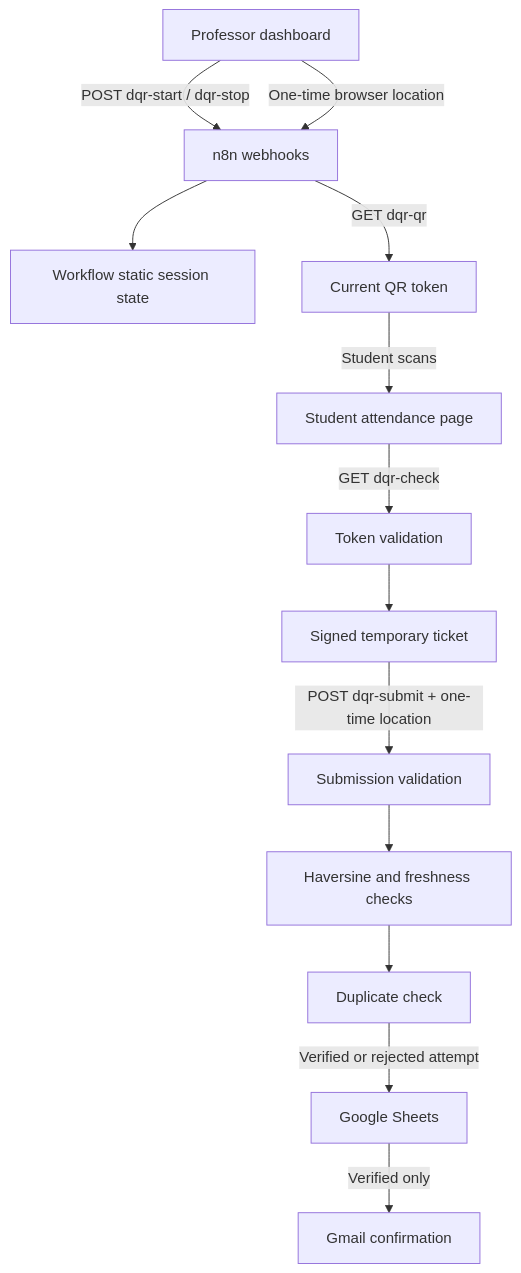
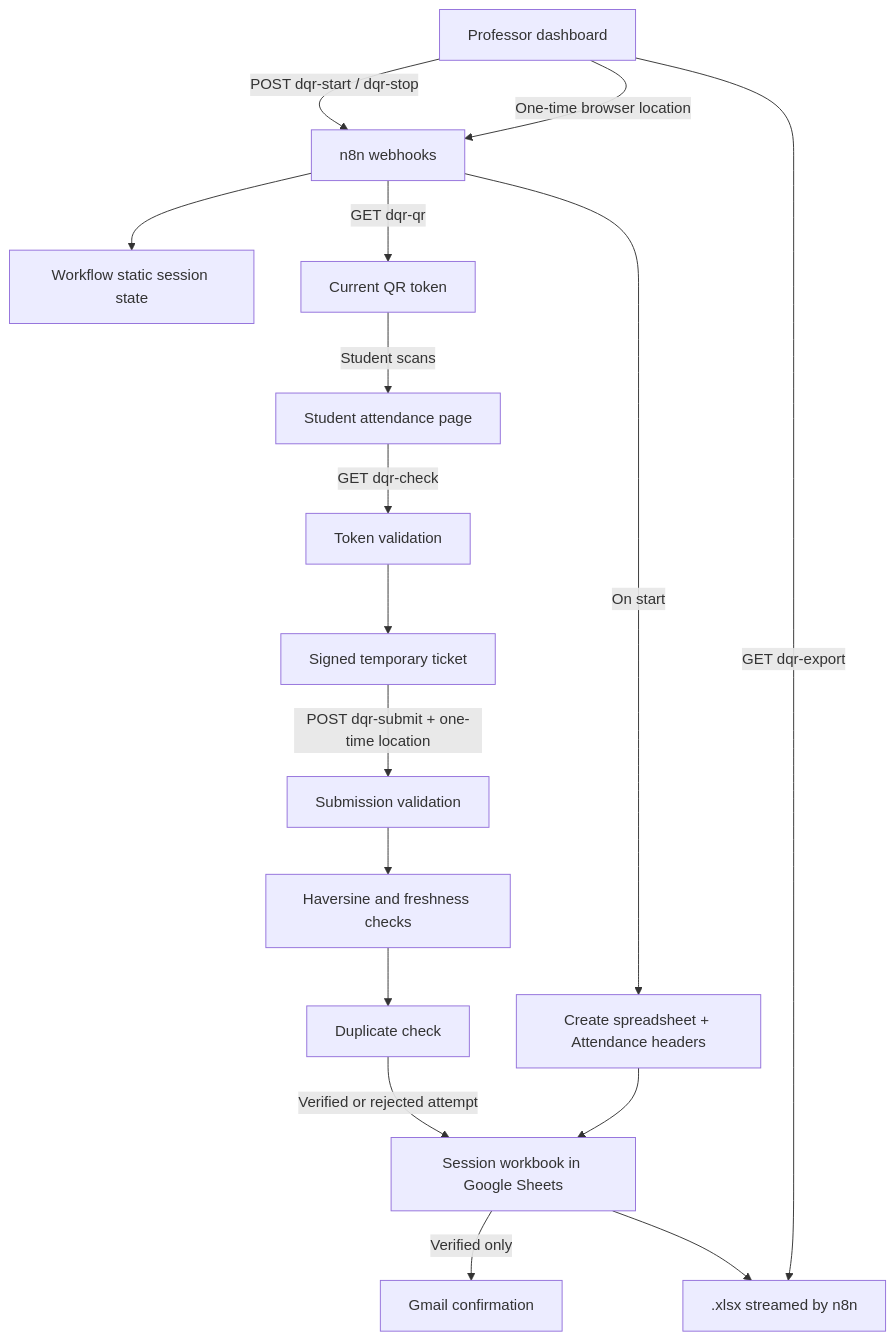
One commit to Abdelrahman-Noaman/dynamic-qr-attendance changed the diagram in docs/architecture.md. Above: the diagram before and after it, drawn with Mermaid. The commit also changed other lines of this file and 18 other files, not shown here.

First line of the commit message:
Create a Google Sheet per attendance session with an Excel download

````diff
--- a/docs/architecture.md
+++ b/docs/architecture.md
@@ -7,15 +7,19 @@
 ```mermaid
 flowchart TD
     P[Professor dashboard] -->|POST dqr-start / dqr-stop| N[n8n webhooks]
     N --> S[Workflow static session state]
     P -->|One-time browser location| N
     N -->|GET dqr-qr| Q[Current QR token]
     Q -->|Student scans| ST[Student attendance page]
     ST -->|GET dqr-check| V[Token validation]
     V --> T[Signed temporary ticket]
     T -->|POST dqr-submit + one-time location| SV[Submission validation]
     SV --> L[Haversine and freshness checks]
     L --> D[Duplicate check]
-    D -->|Verified or rejected attempt| G[Google Sheets]
+    D -->|Verified or rejected attempt| G[Session workbook in Google Sheets]
     G -->|Verified only| M[Gmail confirmation]
+    N -->|On start| W[Create spreadsheet + Attendance headers]
+    W --> G
+    P -->|GET dqr-export| X[.xlsx streamed by n8n]
+    G --> X
 ```
````
